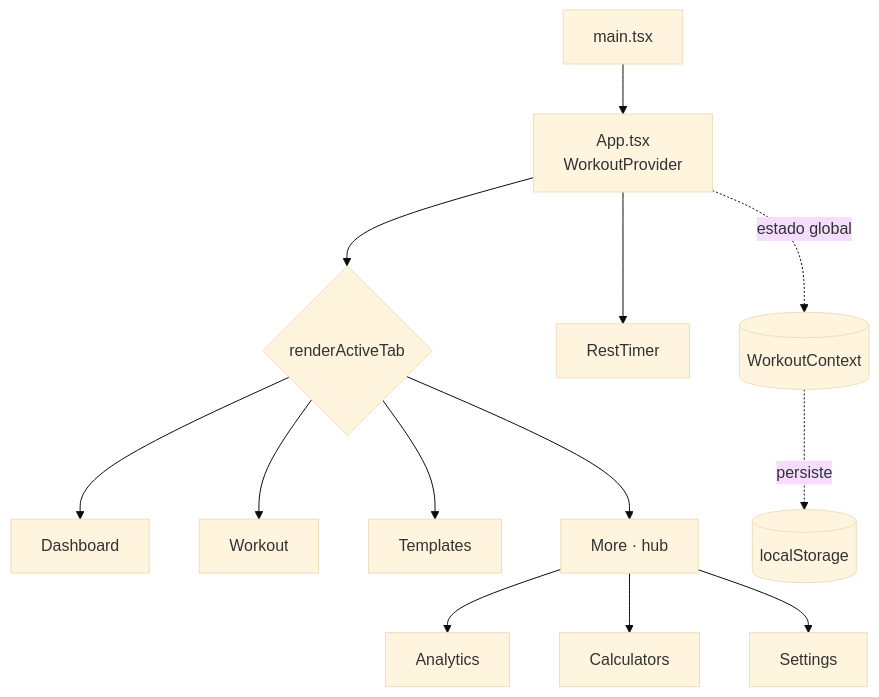
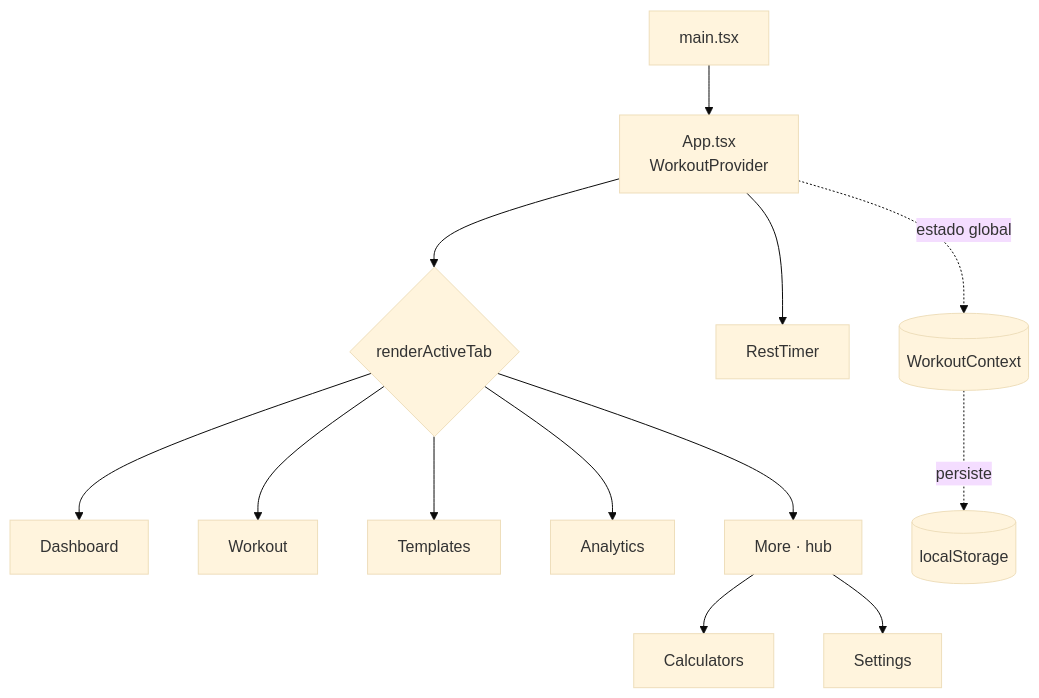
The diagram in README.md (LeoCunhaLabz/powerlifting-app), drawn with Mermaid (base theme) before and after one commit. The commit also changed other lines of this file and 1 other file, not shown here.

````diff
--- a/README.md
+++ b/README.md
@@ -123,15 +123,15 @@
 ```mermaid
 flowchart TD
     A[main.tsx] --> B[App.tsx<br/>WorkoutProvider]
     B --> C{renderActiveTab}
     C --> D[Dashboard]
     C --> E[Workout]
     C --> F[Templates]
+    C --> G[Analytics]
     C --> M[More · hub]
-    M --> G[Analytics]
     M --> H[Calculators]
     M --> I[Settings]
     B --> J[RestTimer]
     B -. estado global .-> K[(WorkoutContext)]
     K -. persiste .-> L[(localStorage)]
 ```
````
